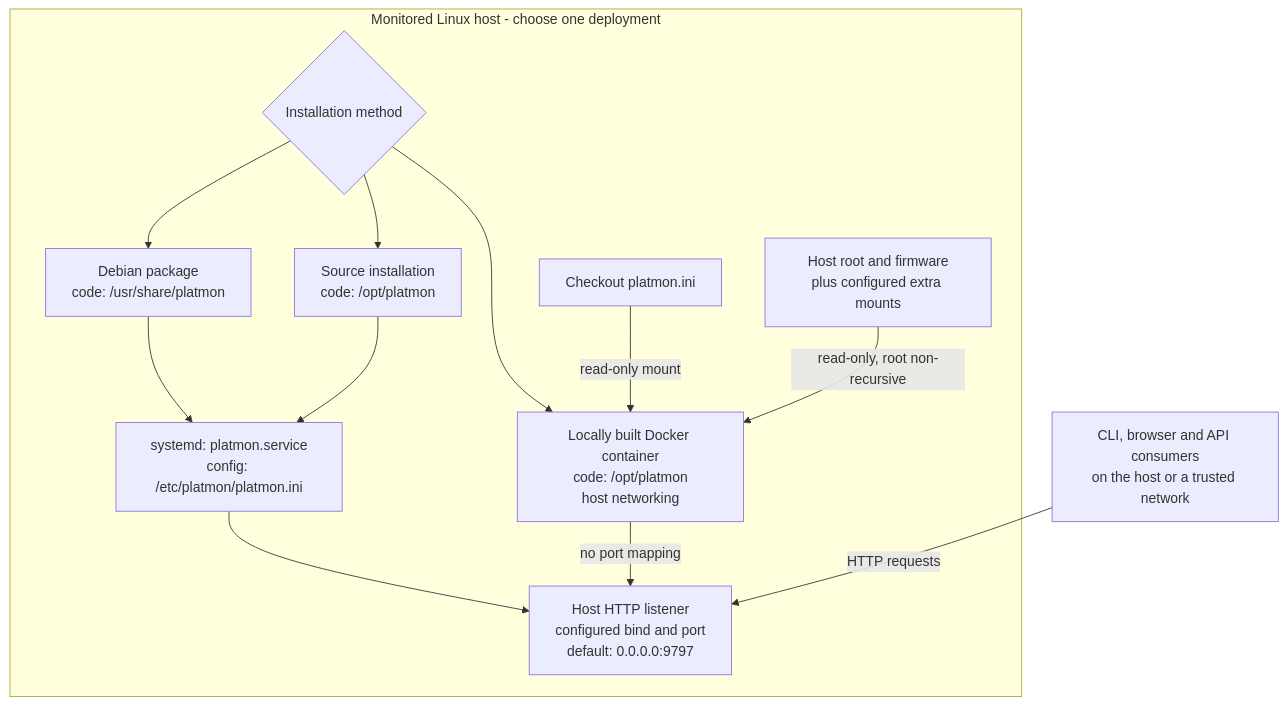
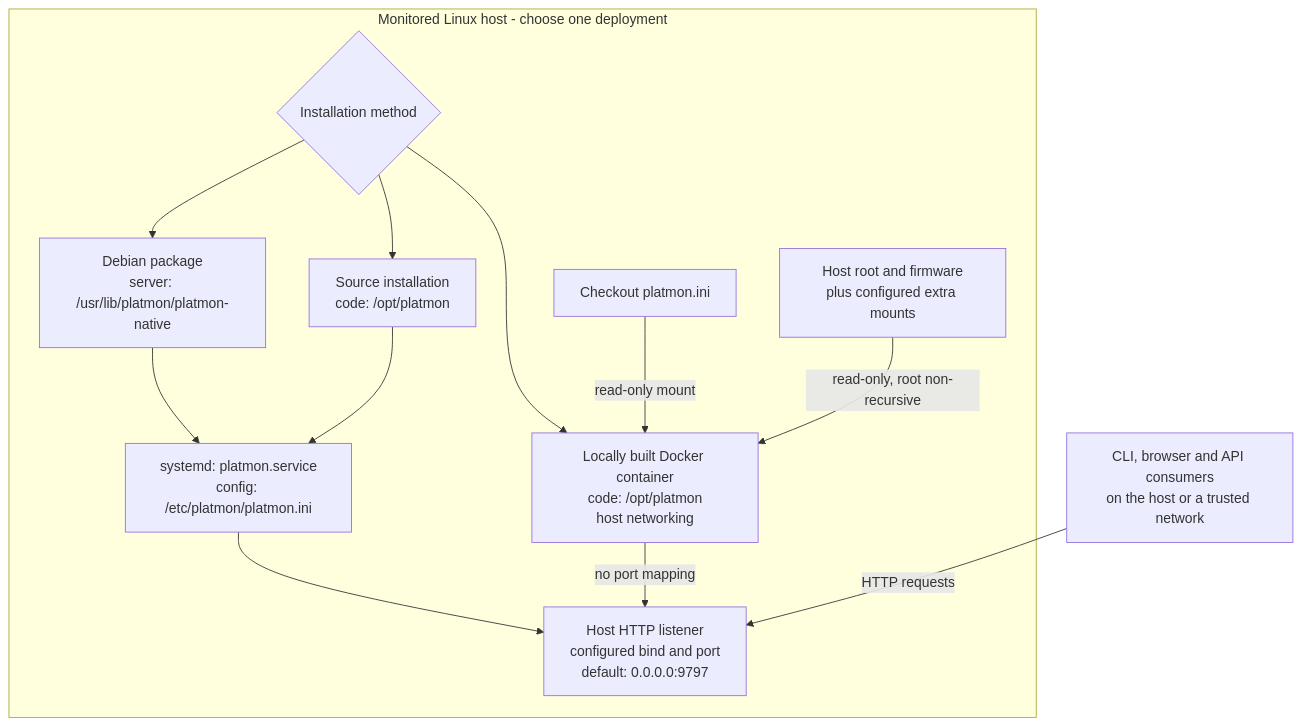
Before and after one commit to platmon/platmon: the diagram in docs/guides/deployment.md, drawn with Mermaid. The commit also changed other lines of this file and 72 other files, not shown here.

First line of the commit message:
feat(packaging): ship the native server as amd64 and arm64 packages (#94)

````diff
--- a/docs/guides/deployment.md
+++ b/docs/guides/deployment.md
@@ -9,16 +9,16 @@
 ```mermaid
 flowchart TB
     subgraph Host["Monitored Linux host - choose one deployment"]
         Choice{"Installation method"}
-        Choice --> Deb["Debian package<br/>code: /usr/share/platmon"]
+        Choice --> Deb["Debian package<br/>server: /usr/lib/platmon/platmon-native"]
         Choice --> Source["Source installation<br/>code: /opt/platmon"]
         Deb --> Unit["systemd: platmon.service<br/>config: /etc/platmon/platmon.ini"]
         Source --> Unit
         Choice --> Container["Locally built Docker container<br/>code: /opt/platmon<br/>host networking"]
         Config["Checkout platmon.ini"] -->|"read-only mount"| Container
         Mounts["Host root and firmware<br/>plus configured extra mounts"] -->|"read-only, root non-recursive"| Container
         Unit --> HTTP["Host HTTP listener<br/>configured bind and port<br/>default: 0.0.0.0:9797"]
         Container -->|"no port mapping"| HTTP
     end
     Clients["CLI, browser and API consumers<br/>on the host or a trusted network"] -->|"HTTP requests"| HTTP
 ```
````
